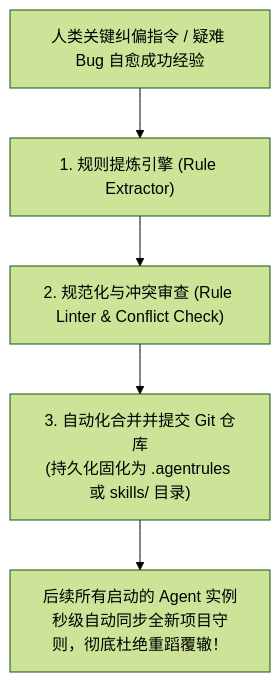
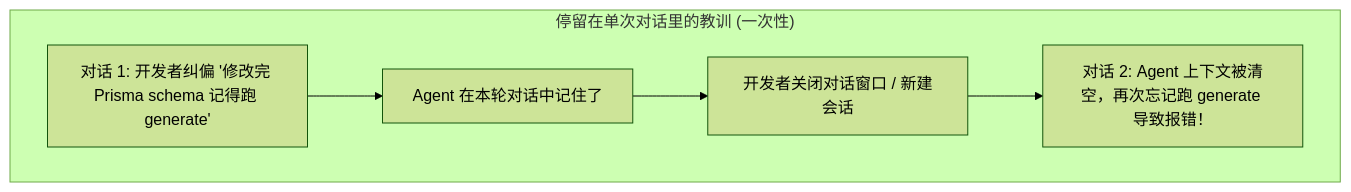
The first of 3 diagrams in app/ch09-evolution/02-evolving-rules-and-skills/page.mdx (ljh12138164/ai-agent-study), drawn with Mermaid (forest theme) before and after one commit. The commit also changed other lines of this file and 43 other files, not shown here.

````diff
--- a/app/ch09-evolution/02-evolving-rules-and-skills/page.mdx
+++ b/app/ch09-evolution/02-evolving-rules-and-skills/page.mdx
@@ -17,9 +13,8 @@
 ```mermaid
-graph TD
-    UserFeedback["人类关键纠偏指令 / 疑难 Bug 自愈成功经验"] --> Extractor["1. 规则提炼引擎 (Rule Extractor)"]
-    Extractor --> Normalizer["2. 规范化与冲突审查 (Rule Linter & Conflict Check)"]
-    
-    Normalizer --> MergeToGit["3. 自动化合并并提交 Git 仓库<br/>(持久化固化为 .agentrules 或 skills/ 目录)"]
-    
-    MergeToGit --> AllAgents["后续所有启动的 Agent 实例<br/>秒级自动同步全新项目守则，彻底杜绝重蹈覆辙！"]
+flowchart TD
+    subgraph ShortLived["停留在单次对话里的教训 (一次性)"]
+        Chat1["对话 1: 开发者纠偏 '修改完 Prisma schema 记得跑 generate'"] --> Ok1["Agent 在本轮对话中记住了"]
+        Ok1 --> Close["开发者关闭对话窗口 / 新建会话"]
+        Close --> Chat2["对话 2: Agent 上下文被清空，再次忘记跑 generate 导致报错！"]
+    end
 ```
````
